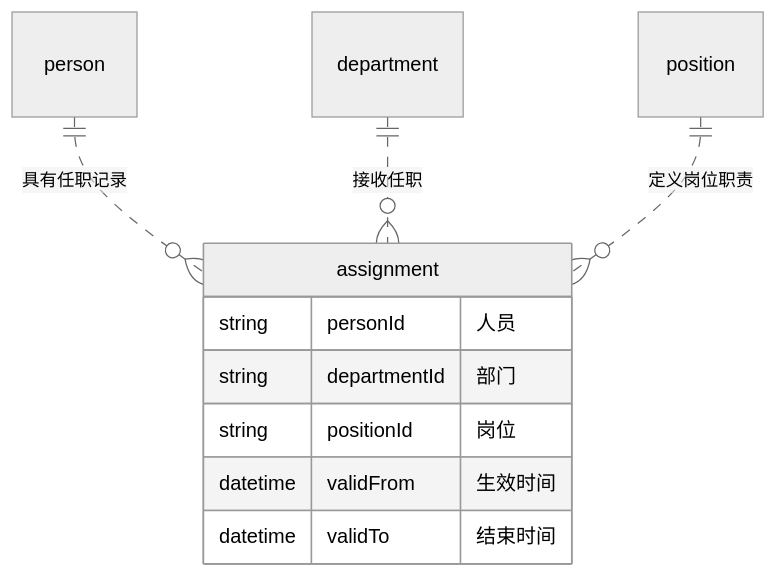
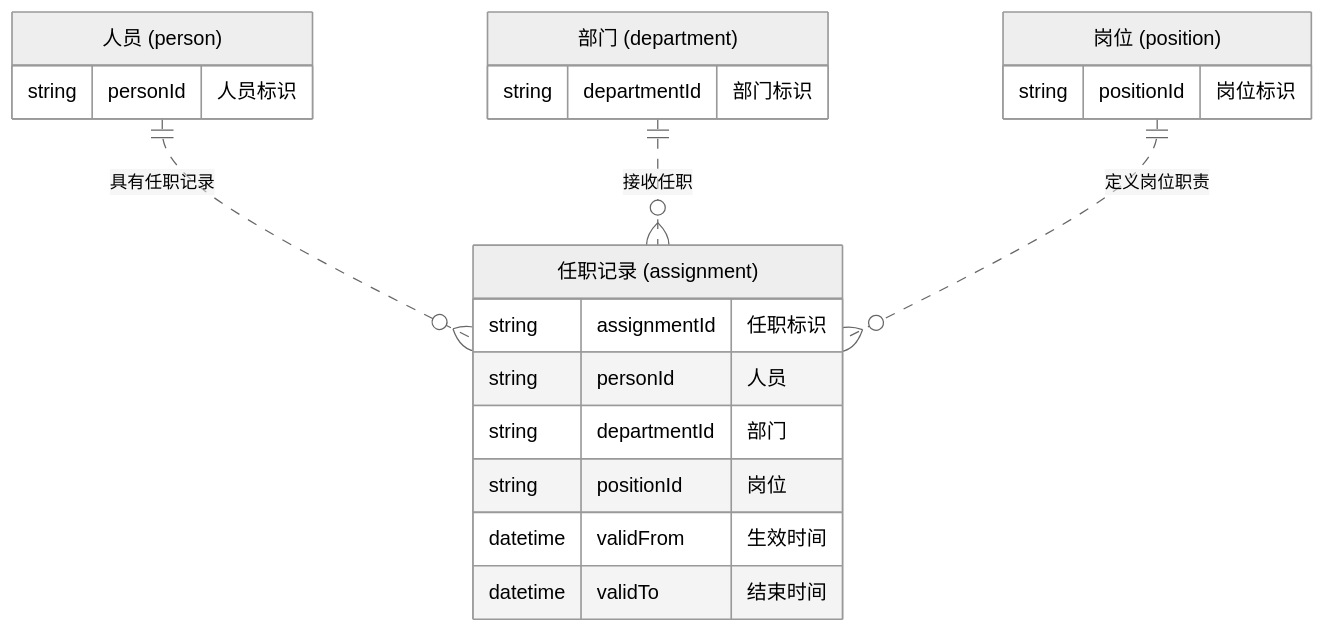
The first of 2 diagrams in plugins/team-standards/skills/clear-design-docs/references/examples.md (exception-coder/team-standards), drawn with Mermaid (neutral theme) before and after one commit. The commit also changed other lines of this file and 10 other files, not shown here.

First line of the commit message:
fix(design): 要求ER图内保留关键字段与中文含义

````diff
--- a/plugins/team-standards/skills/clear-design-docs/references/examples.md
+++ b/plugins/team-standards/skills/clear-design-docs/references/examples.md
@@ -13,13 +13,23 @@
 ```mermaid
 erDiagram
+    person["人员 (person)"] {
+        string personId "人员标识"
+    }
+    department["部门 (department)"] {
+        string departmentId "部门标识"
+    }
+    position["岗位 (position)"] {
+        string positionId "岗位标识"
+    }
     person ||..o{ assignment : "具有任职记录"
     department ||..o{ assignment : "接收任职"
     position ||..o{ assignment : "定义岗位职责"
-    assignment {
+    assignment["任职记录 (assignment)"] {
+        string assignmentId "任职标识"
         string personId "人员"
         string departmentId "部门"
         string positionId "岗位"
         datetime validFrom "生效时间"
         datetime validTo "结束时间"
     }
 ```
````
